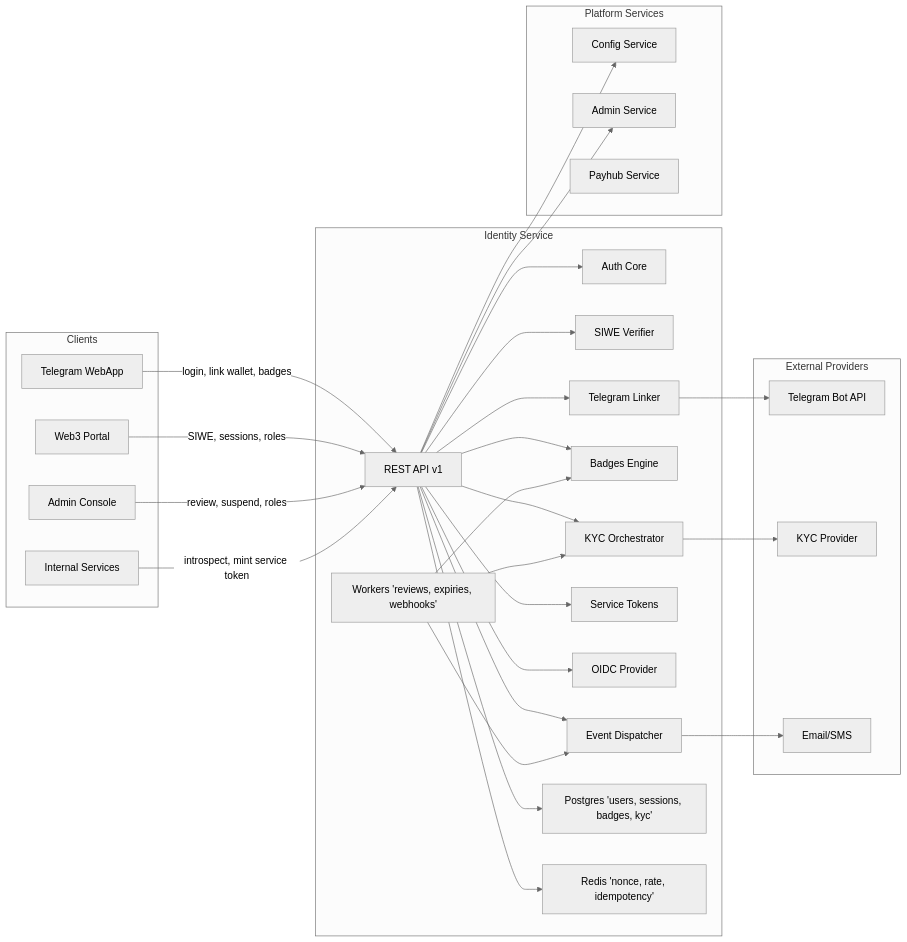
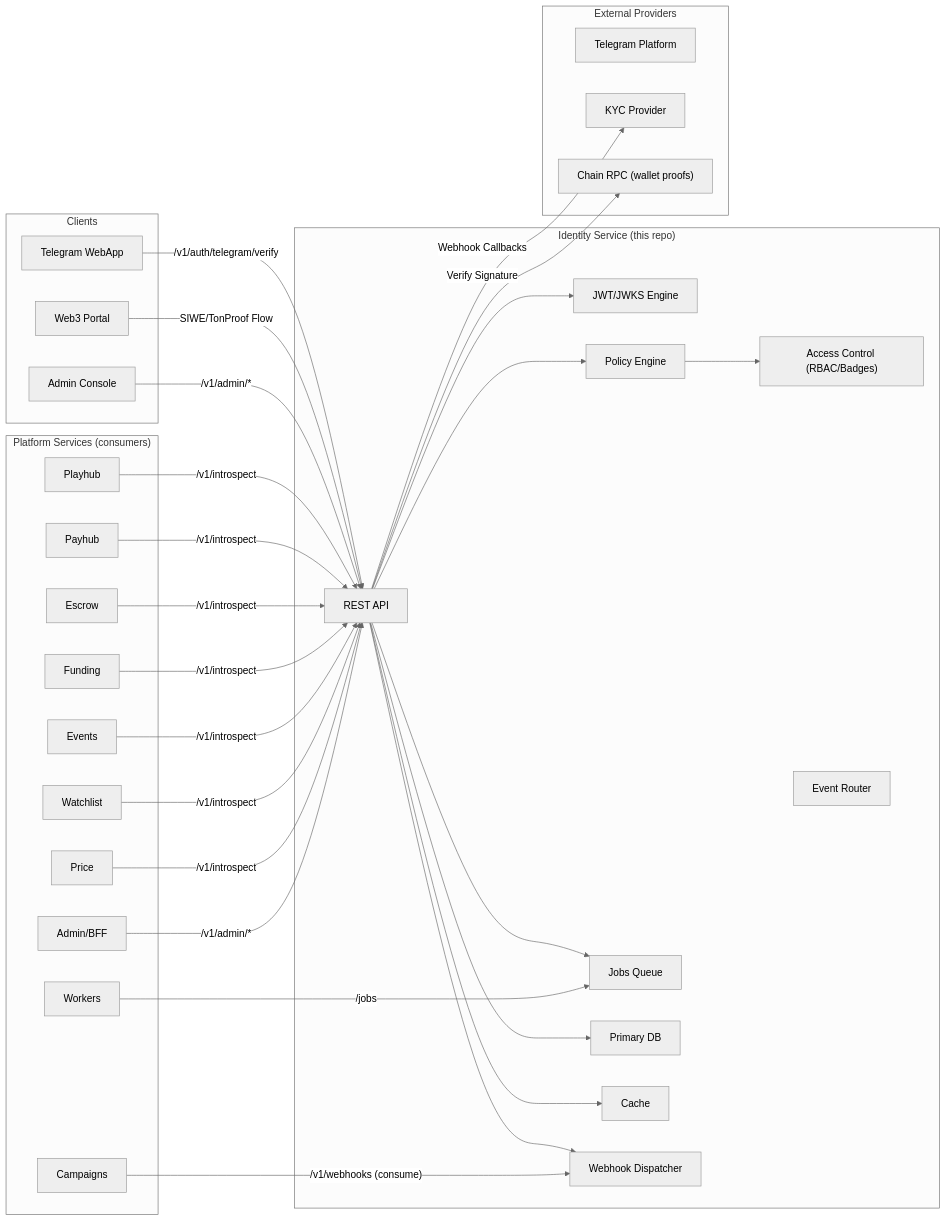
One commit to fuzeac/fuze-telegram-mini-app changed the first of 5 diagrams in miniapp-identity-service.md. Above: the diagram before and after it, drawn with Mermaid (neutral theme).

````diff
--- a/miniapp-identity-service.md
+++ b/miniapp-identity-service.md
@@ -12,61 +12,65 @@
 ```mermaid
 flowchart LR
   subgraph "Clients"
     TG["Telegram WebApp"]
     W3["Web3 Portal"]
     ADM["Admin Console"]
-    SRV["Internal Services"]
   end
 
-  subgraph "Identity Service"
-    API["REST API v1"]
-    AUTH["Auth Core"]
-    SIWE["SIWE Verifier"]
-    TGX["Telegram Linker"]
-    BAD["Badges Engine"]
-    KYC["KYC Orchestrator"]
-    TOK["Service Tokens"]
-    OIDC["OIDC Provider"]
-    EVT["Event Dispatcher"]
-    DB["Postgres 'users, sessions, badges, kyc'"]
-    RDS["Redis 'nonce, rate, idempotency'"]
-    WRK["Workers 'reviews, expiries, webhooks'"]
+  subgraph "Identity Service (this repo)"
+    API["REST API"]
+    AUTH["JWT/JWKS Engine"]
+    POL["Policy Engine"]
+    AC["Access Control (RBAC/Badges)"]
+    ER["Event Router"]
+    Q["Jobs Queue"]
+    DB["Primary DB"]
+    CACH["Cache"]
+    WH["Webhook Dispatcher"]
   end
 
-  subgraph "Platform Services"
-    CFG["Config Service"]
-    ADMAPI["Admin Service"]
-    PAY["Payhub Service"]
+  subgraph "Platform Services (consumers)"
+    PH["Playhub"]
+    PAY["Payhub"]
+    ESC["Escrow"]
+    FND["Funding"]
+    CMP["Campaigns"]
+    EVT["Events"]
+    WAT["Watchlist"]
+    PRC["Price"]
+    ADM2["Admin/BFF"]
+    WRK["Workers"]
   end
 
   subgraph "External Providers"
-    TGBOT["Telegram Bot API"]
-    KYCEXT["KYC Provider"]
-    EMAIL["Email/SMS"]
+    TGPLAT["Telegram Platform"]
+    KYC["KYC Provider"]
+    RPC["Chain RPC (wallet proofs)"]
   end
 
-  TG -->|login, link wallet, badges| API
-  W3 -->|SIWE, sessions, roles| API
-  ADM -->|review, suspend, roles| API
-  SRV -->|introspect, mint service token| API
+  TG -->|"/v1/auth/telegram/verify"| API
+  W3 -->|"SIWE/TonProof Flow"| API
+  ADM -->|"/v1/admin/*"| API
 
   API --> AUTH
-  API --> SIWE
-  API --> TGX
-  API --> BAD
-  API --> KYC
-  API --> TOK
-  API --> OIDC
-  API --> EVT
+  API --> POL
+  POL --> AC
   API --> DB
-  API --> RDS
-  WRK --> BAD
-  WRK --> KYC
-  WRK --> EVT
+  API --> CACH
+  API --> Q
+  API --> WH
 
-  API --> CFG
-  API --> ADMAPI
-  KYC --> KYCEXT
-  TGX --> TGBOT
-  EVT --> EMAIL
+  API -->|"Webhook Callbacks"| KYC
+  API -->|"Verify Signature"| RPC
+
+  PH -->|"/v1/introspect"| API
+  PAY -->|"/v1/introspect"| API
+  ESC -->|"/v1/introspect"| API
+  FND -->|"/v1/introspect"| API
+  CMP -->|"/v1/webhooks (consume)"| WH
+  EVT -->|"/v1/introspect"| API
+  WAT -->|"/v1/introspect"| API
+  PRC -->|"/v1/introspect"| API
+  ADM2 -->|"/v1/admin/*"| API
+  WRK -->|"/jobs"| Q
 ```
````
